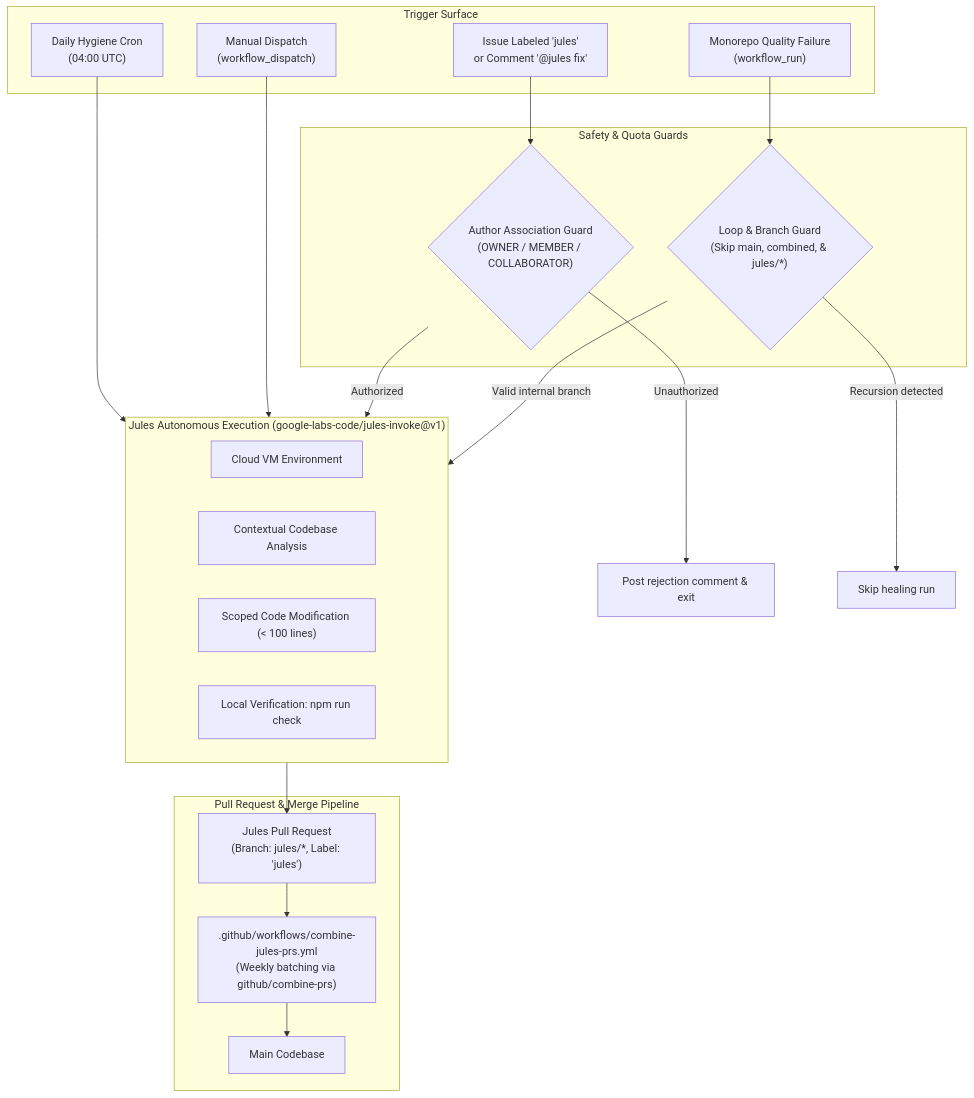
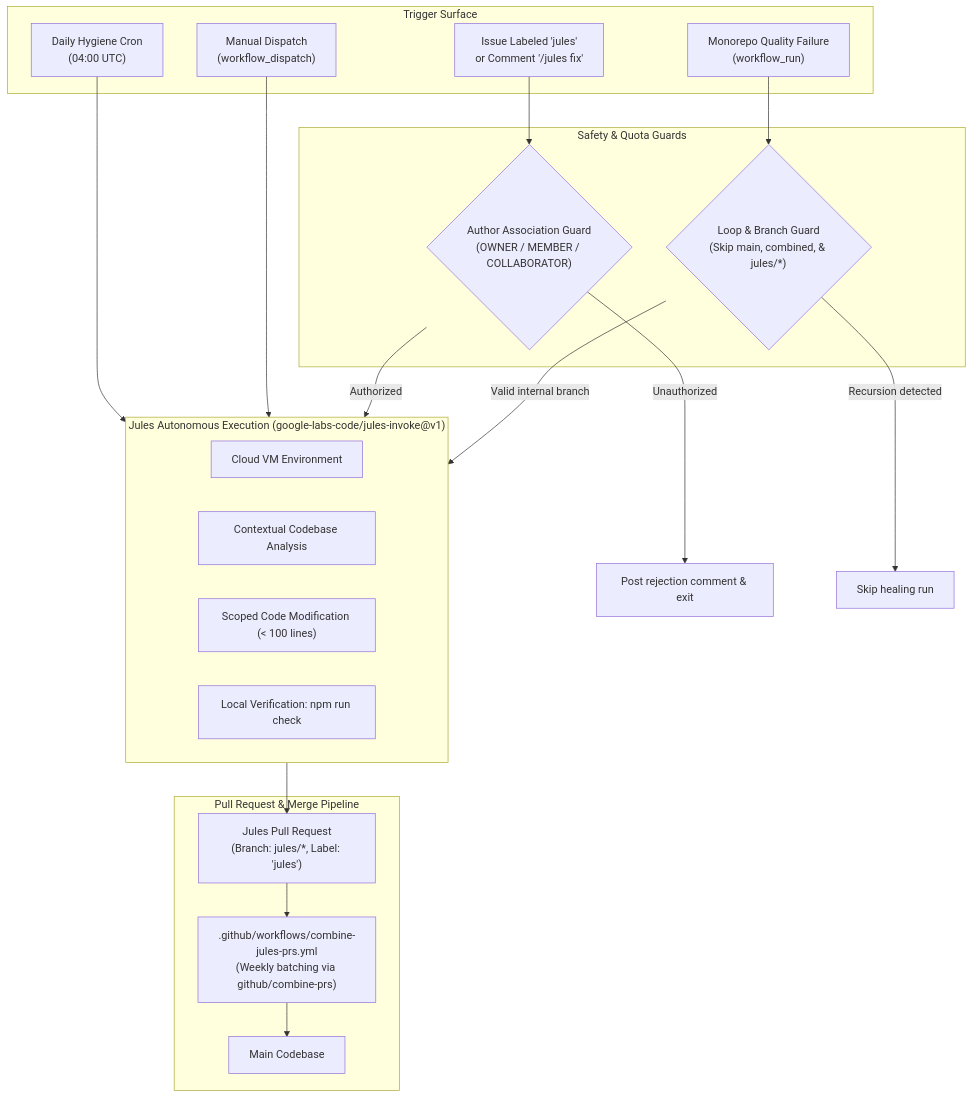
The diagram in docs/guides/jules-automation-setup.md (cloudgxp/ghec-consultant-suite), drawn with Mermaid before and after one commit. The commit also changed other lines of this file and 2 other files, not shown here.

First line of the commit message:
feat(ci): switch Jules comment trigger to /jules slash command

````diff
--- a/docs/guides/jules-automation-setup.md
+++ b/docs/guides/jules-automation-setup.md
@@ -11,42 +11,42 @@
 ```mermaid
 flowchart TD
     subgraph Triggers["Trigger Surface"]
-        T1["Issue Labeled 'jules'<br/>or Comment '@jules fix'"]
+        T1["Issue Labeled 'jules'<br/>or Comment '/jules fix'"]
         T2["Monorepo Quality Failure<br/>(workflow_run)"]
         T3["Daily Hygiene Cron<br/>(04:00 UTC)"]
         T4["Manual Dispatch<br/>(workflow_dispatch)"]
     end
 
     subgraph Guards["Safety & Quota Guards"]
         G1{"Author Association Guard<br/>(OWNER / MEMBER / COLLABORATOR)"}
         G2{"Loop & Branch Guard<br/>(Skip main, combined, & jules/*)"}
     end
 
     subgraph Jules["Jules Autonomous Execution (google-labs-code/jules-invoke@v1)"]
         J1["Cloud VM Environment"]
         J2["Contextual Codebase Analysis"]
         J3["Scoped Code Modification (< 100 lines)"]
         J4["Local Verification: npm run check"]
     end
 
     subgraph Delivery["Pull Request & Merge Pipeline"]
         PR["Jules Pull Request<br/>(Branch: jules/*, Label: 'jules')"]
         Combiner[".github/workflows/combine-jules-prs.yml<br/>(Weekly batching via github/combine-prs)"]
         Merged["Main Codebase"]
     end
 
     T1 --> G1
     T3 --> Jules
     T4 --> Jules
     T2 --> G2
 
     G1 -->|Authorized| Jules
     G1 -->|Unauthorized| Reject["Post rejection comment & exit"]
 
     G2 -->|Valid internal branch| Jules
     G2 -->|Recursion detected| Skip["Skip healing run"]
 
     Jules --> PR
     PR --> Combiner
     Combiner --> Merged
 ```
````
